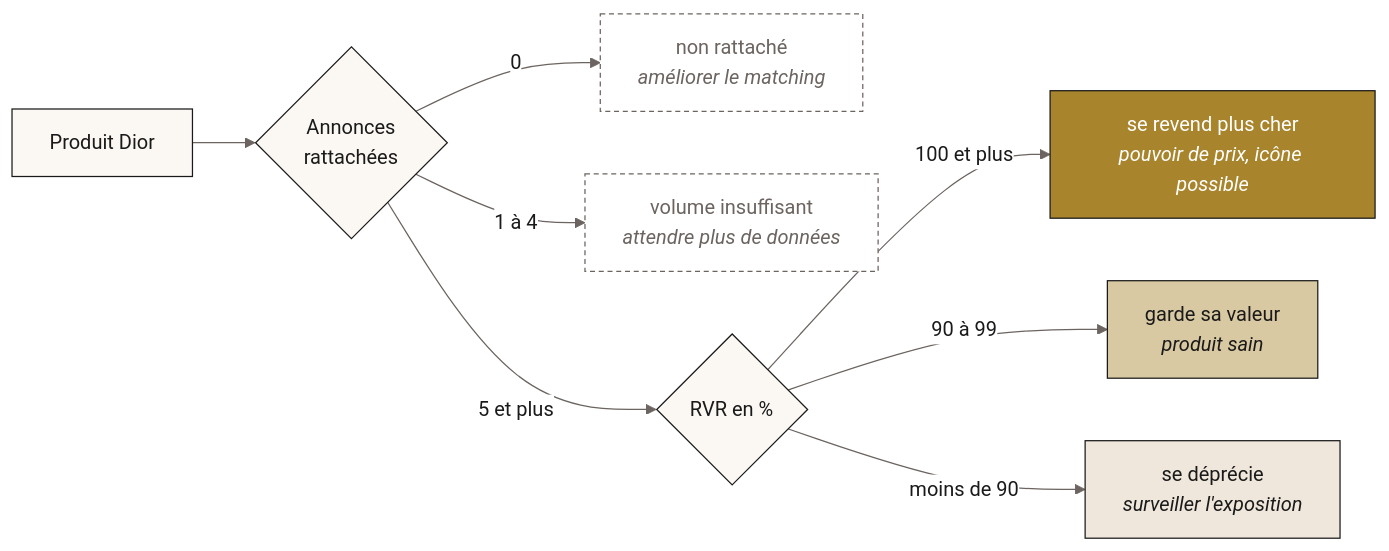
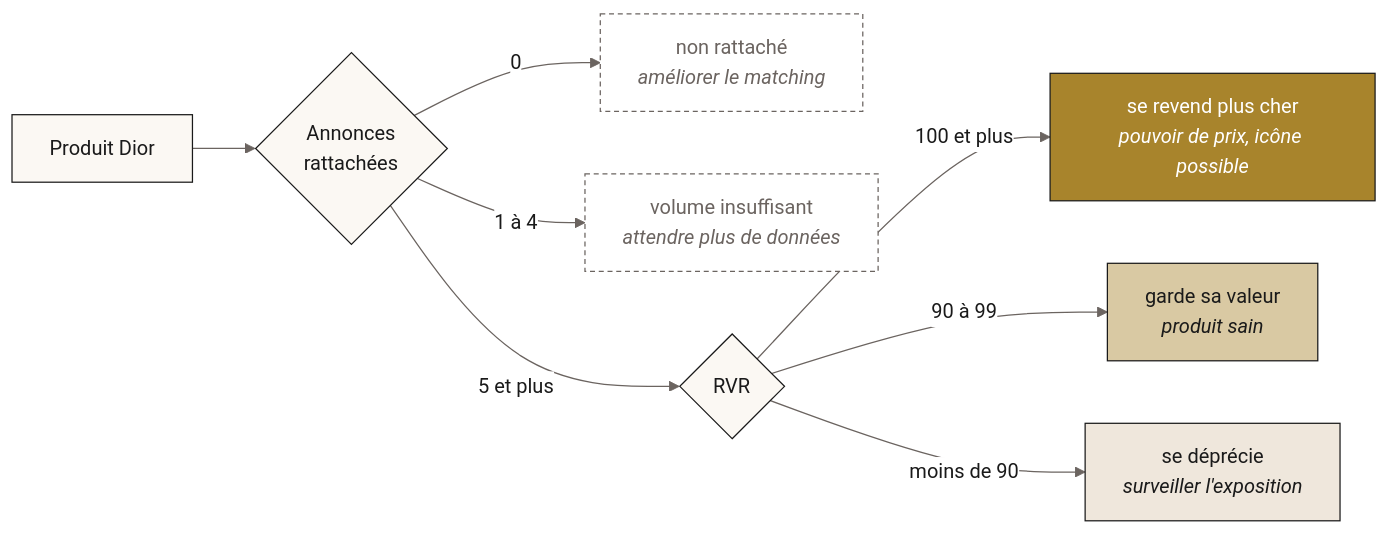
The second of 3 diagrams in README.md (MosesKing/dior-rvr-dbt), drawn with Mermaid before and after one commit. The commit also changed 1 other file, not shown here.

Commit message:
README: keep RVR node label plain

````diff
--- a/README.md
+++ b/README.md
@@ -116,20 +116,20 @@
 ```mermaid
 %%{init: {'theme':'base','themeVariables':{'primaryColor':'#FBF8F3','primaryBorderColor':'#1A1A1A','primaryTextColor':'#1A1A1A','lineColor':'#6B6460','clusterBkg':'#F4EFE7','clusterBorder':'#D9D2C7','edgeLabelBackground':'#FFFFFF'}}}%%
 flowchart LR
     A[Produit Dior] --> B{Annonces<br/>rattachées}
     B -- 0 --> C[non rattaché<br/><i>améliorer le matching</i>]
     B -- 1 à 4 --> D[volume insuffisant<br/><i>attendre plus de données</i>]
-    B -- 5 et plus --> E{RVR en %}
+    B -- 5 et plus --> E{RVR}
     E -- "100 et plus" --> F[se revend plus cher<br/><i>pouvoir de prix, icône possible</i>]
     E -- "90 à 99" --> G[garde sa valeur<br/><i>produit sain</i>]
     E -- "moins de 90" --> H[se déprécie<br/><i>surveiller l'exposition</i>]
 
     classDef up fill:#A8842C,stroke:#1A1A1A,color:#FFFFFF
     classDef keep fill:#D9C9A3,stroke:#1A1A1A,color:#1A1A1A
     classDef down fill:#EFE7DC,stroke:#1A1A1A,color:#1A1A1A
     classDef wait fill:#FFFFFF,stroke:#6B6460,color:#6B6460,stroke-dasharray: 4 3
     class F up
     class G keep
     class H down
     class C,D wait
 ```
````
